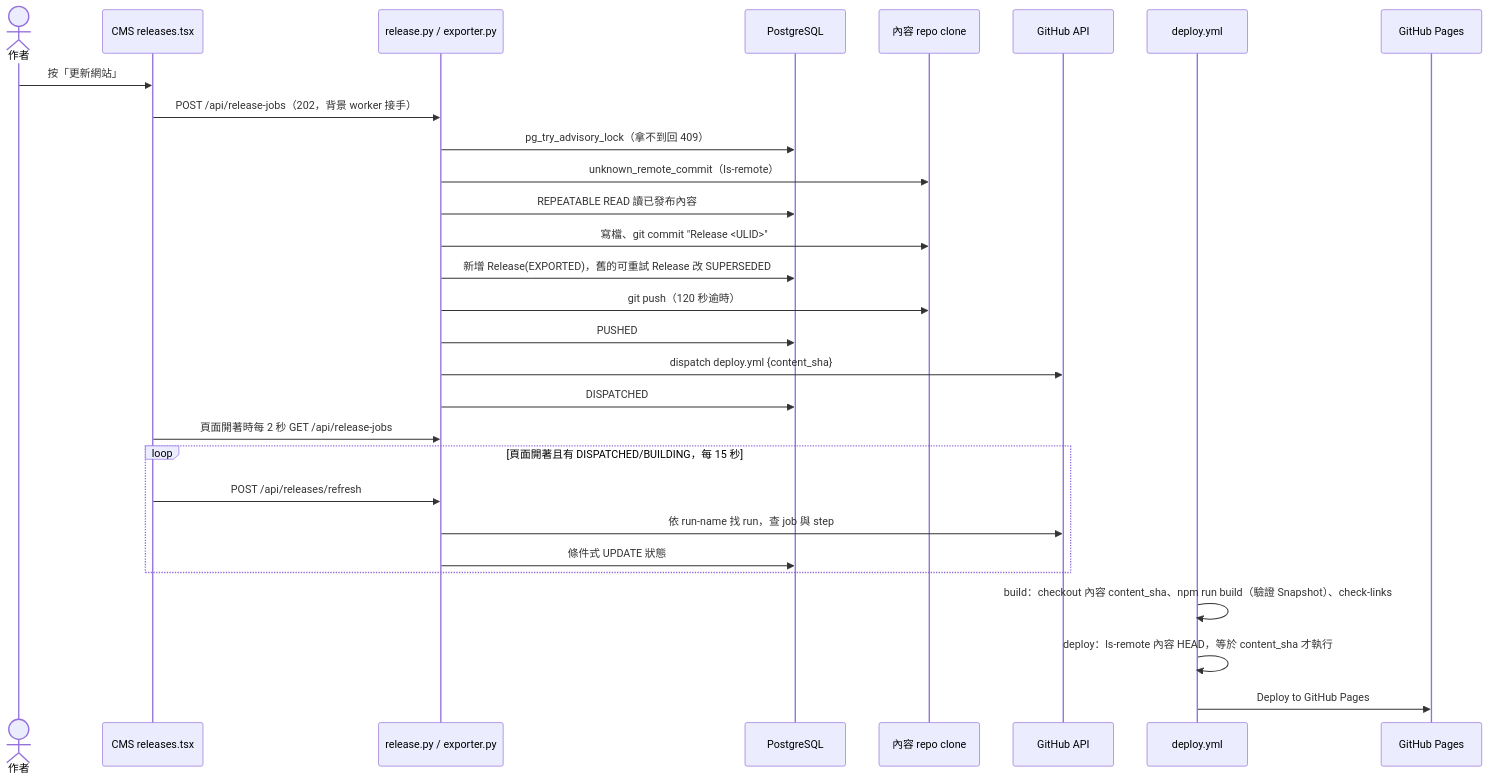
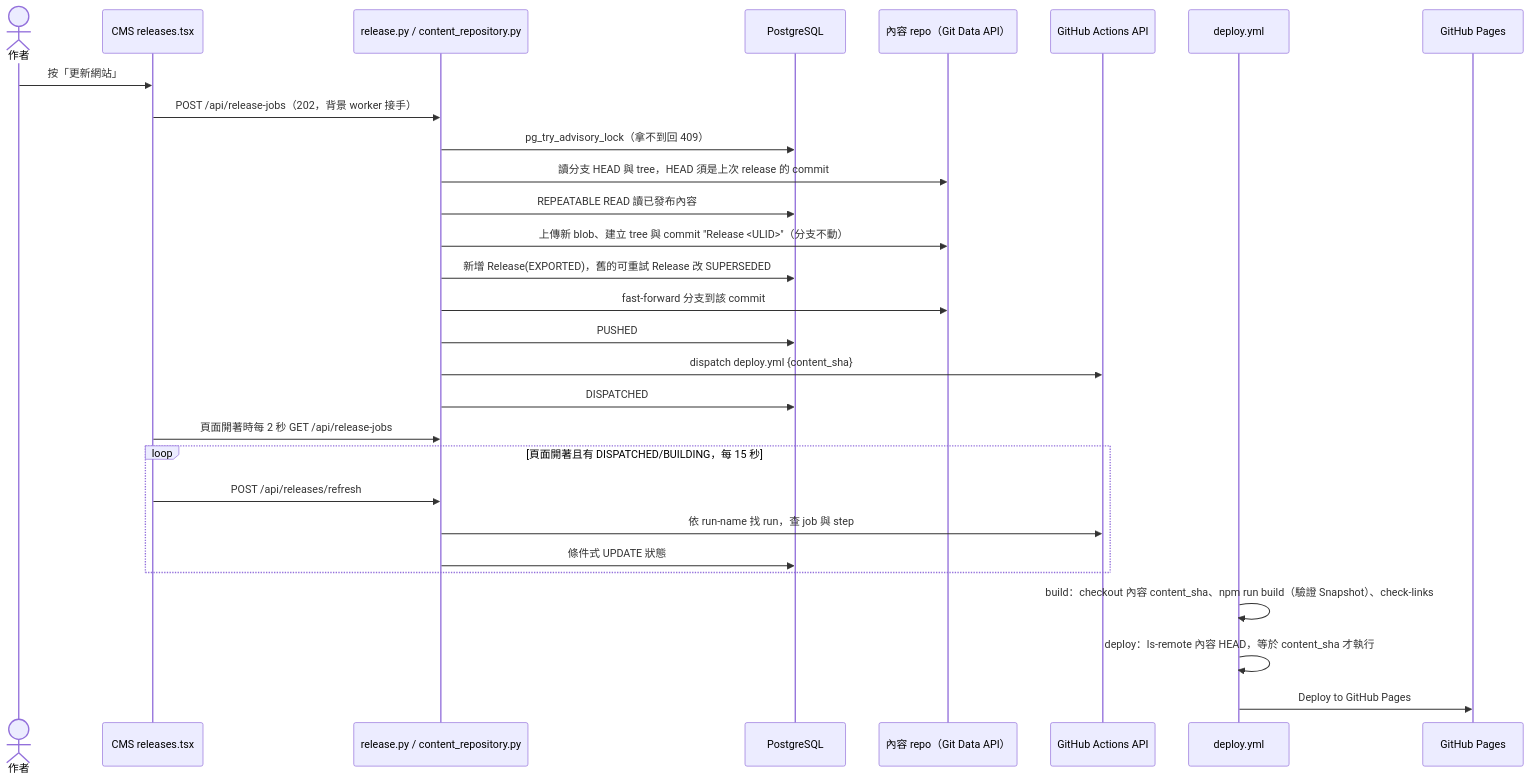
Before and after one commit to Hack-Ray/personal-blog: the second of 3 diagrams in docs/architecture/how-it-works.md, drawn with Mermaid. The commit also changed other lines of this file and 28 other files, not shown here.

````diff
--- a/docs/architecture/how-it-works.md
+++ b/docs/architecture/how-it-works.md
@@ -155,32 +147,32 @@
 ```mermaid
 sequenceDiagram
   actor A as 作者
   participant SPA as CMS releases.tsx
-  participant API as release.py / exporter.py
+  participant API as release.py / content_repository.py
   participant DB as PostgreSQL
-  participant Git as 內容 repo clone
-  participant GH as GitHub API
+  participant Git as 內容 repo（Git Data API）
+  participant GH as GitHub Actions API
   participant WF as deploy.yml
   participant P as GitHub Pages
 
   A->>SPA: 按「更新網站」
   SPA->>API: POST /api/release-jobs（202，背景 worker 接手）
   API->>DB: pg_try_advisory_lock（拿不到回 409）
-  API->>Git: unknown_remote_commit（ls-remote）
+  API->>Git: 讀分支 HEAD 與 tree，HEAD 須是上次 release 的 commit
   API->>DB: REPEATABLE READ 讀已發布內容
-  API->>Git: 寫檔、git commit "Release <ULID>"
+  API->>Git: 上傳新 blob、建立 tree 與 commit "Release <ULID>"（分支不動）
   API->>DB: 新增 Release(EXPORTED)，舊的可重試 Release 改 SUPERSEDED
-  API->>Git: git push（120 秒逾時）
+  API->>Git: fast-forward 分支到該 commit
   API->>DB: PUSHED
   API->>GH: dispatch deploy.yml {content_sha}
   API->>DB: DISPATCHED
   SPA->>API: 頁面開著時每 2 秒 GET /api/release-jobs
   loop 頁面開著且有 DISPATCHED/BUILDING，每 15 秒
     SPA->>API: POST /api/releases/refresh
     API->>GH: 依 run-name 找 run，查 job 與 step
     API->>DB: 條件式 UPDATE 狀態
   end
   WF->>WF: build：checkout 內容 content_sha、npm run build（驗證 Snapshot）、check-links
   WF->>WF: deploy：ls-remote 內容 HEAD，等於 content_sha 才執行
   WF->>P: Deploy to GitHub Pages
 ```
````
